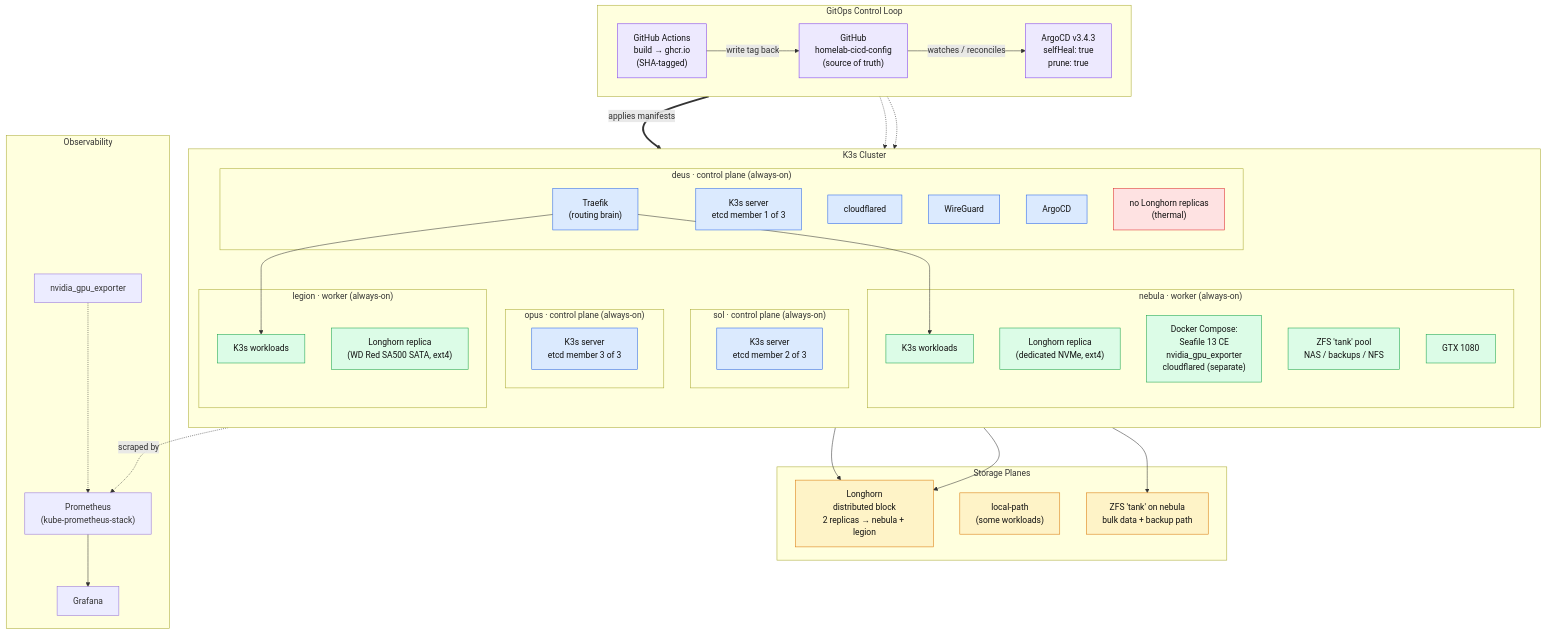
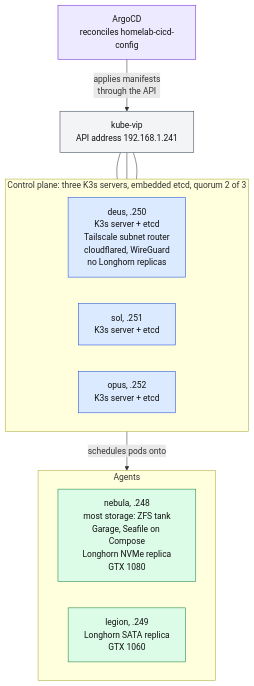
Before and after one commit to home-compute-cluster/docs: the second of 5 diagrams in docs/system-architecture/home-cluster.md, drawn with Mermaid. The commit also changed other lines of this file, not shown here.

First line of the commit message:
Make the architecture diagrams readable

````diff
--- a/docs/system-architecture/home-cluster.md
+++ b/docs/system-architecture/home-cluster.md
@@ -143,84 +143,35 @@
 ```mermaid
 flowchart TB
-    subgraph gitops["GitOps Control Loop"]
+    subgraph cp["Control plane: three K3s servers, embedded etcd, quorum 2 of 3"]
         direction LR
-        gh["GitHub<br/>homelab-cicd-config<br/>(source of truth)"]
-        gha["GitHub Actions<br/>build → ghcr.io<br/>(SHA-tagged)"]
-        argo["ArgoCD v3.4.3<br/>selfHeal: true<br/>prune: true"]
-        gha -->|"write tag back"| gh
-        gh -->|"watches / reconciles"| argo
+        deus["deus, .250<br/>K3s server + etcd<br/>Tailscale subnet router<br/>cloudflared, WireGuard<br/>no Longhorn replicas"]
+        sol["sol, .251<br/>K3s server + etcd"]
+        opus["opus, .252<br/>K3s server + etcd"]
     end
 
-    subgraph cluster["K3s Cluster"]
-        direction TB
+    vip["kube-vip<br/>API address 192.168.1.241"]
 
-        subgraph deus["deus · control plane (always-on)"]
-            k3s_server["K3s server<br/>etcd member 1 of 3"]
-            traefik2["Traefik<br/>(routing brain)"]
-            cloudflared2["cloudflared"]
-            wg2["WireGuard"]
-            argo2["ArgoCD"]
-            note_deus["no Longhorn replicas<br/>(thermal)"]
-        end
-
-        subgraph sol["sol · control plane (always-on)"]
-            sol_server["K3s server<br/>etcd member 2 of 3"]
-        end
-
-        subgraph opus["opus · control plane (always-on)"]
-            opus_server["K3s server<br/>etcd member 3 of 3"]
-        end
-
-        subgraph nebula["nebula · worker (always-on)"]
-            neb_workloads["K3s workloads"]
-            neb_nvme["Longhorn replica<br/>(dedicated NVMe, ext4)"]
-            neb_compose["Docker Compose:<br/>Seafile 13 CE<br/>nvidia_gpu_exporter<br/>cloudflared (separate)"]
-            neb_zfs["ZFS 'tank' pool<br/>NAS / backups / NFS"]
-            neb_gpu["GTX 1080"]
-        end
-
-        subgraph legion["legion · worker (always-on)"]
-            leg_workloads["K3s workloads"]
-            leg_sata["Longhorn replica<br/>(WD Red SA500 SATA, ext4)"]
-        end
+    subgraph agents["Agents"]
+        direction LR
+        nebula["nebula, .248<br/>most storage: ZFS tank<br/>Garage, Seafile on Compose<br/>Longhorn NVMe replica<br/>GTX 1080"]
+        legion["legion, .249<br/>Longhorn SATA replica<br/>GTX 1060"]
     end
 
-    subgraph storage["Storage Planes"]
-        longhorn["Longhorn<br/>distributed block<br/>2 replicas → nebula + legion"]
-        localpath["local-path<br/>(some workloads)"]
-        zfs_nas["ZFS 'tank' on nebula<br/>bulk data + backup path"]
-    end
+    argo["ArgoCD<br/>reconciles homelab-cicd-config"]
 
-    subgraph obs["Observability"]
-        prom["Prometheus<br/>(kube-prometheus-stack)"]
-        graf["Grafana"]
-        gpu_exp["nvidia_gpu_exporter"]
-    end
+    vip --- deus
+    vip --- sol
+    vip --- opus
+    argo -->|"applies manifests<br/>through the API"| vip
+    cp -->|"schedules pods onto"| agents
 
-    argo ==>|"applies manifests"| k3s_server
-    argo -.-> neb_workloads
-    argo -.-> leg_workloads
+    classDef control fill:#dbeafe,stroke:#1d4ed8,color:#111
+    classDef worker fill:#dcfce7,stroke:#15803d,color:#111
+    classDef git fill:#ede9fe,stroke:#6d28d9,color:#111
+    classDef vipc fill:#f3f4f6,stroke:#374151,color:#111
 
-    traefik2 --> neb_workloads
-    traefik2 --> leg_workloads
-
-    neb_nvme --> longhorn
-    leg_sata --> longhorn
-    neb_zfs --> zfs_nas
-
-    prom --> graf
-    neb_compose -.->|"scraped by"| prom
-    gpu_exp -.-> prom
-
-    classDef control fill:#dbeafe,stroke:#2563eb,color:#111
-    classDef worker fill:#dcfce7,stroke:#16a34a,color:#111
-    classDef store fill:#fef3c7,stroke:#d97706,color:#111
-    classDef warn fill:#fee2e2,stroke:#dc2626,color:#111
-    classDef git fill:#ede9fe,stroke:#7c3aed,color:#111
-
-    class k3s_server,sol_server,opus_server,traefik2,cloudflared2,wg2,argo2 control
-    class neb_workloads,neb_nvme,neb_compose,neb_zfs,neb_gpu,leg_workloads,leg_sata worker
-    class longhorn,localpath,zfs_nas store
-    class note_deus warn
-    class gh,gha,argo git
+    class deus,sol,opus control
+    class nebula,legion worker
+    class argo git
+    class vip vipc
 ```
````
